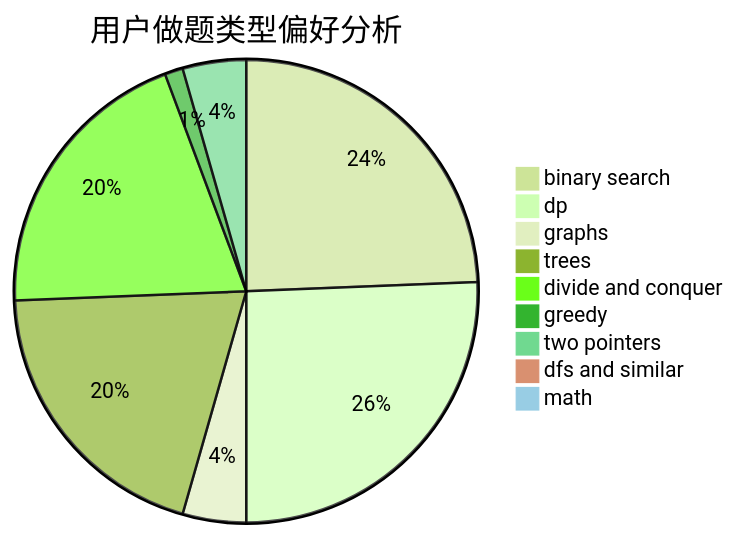
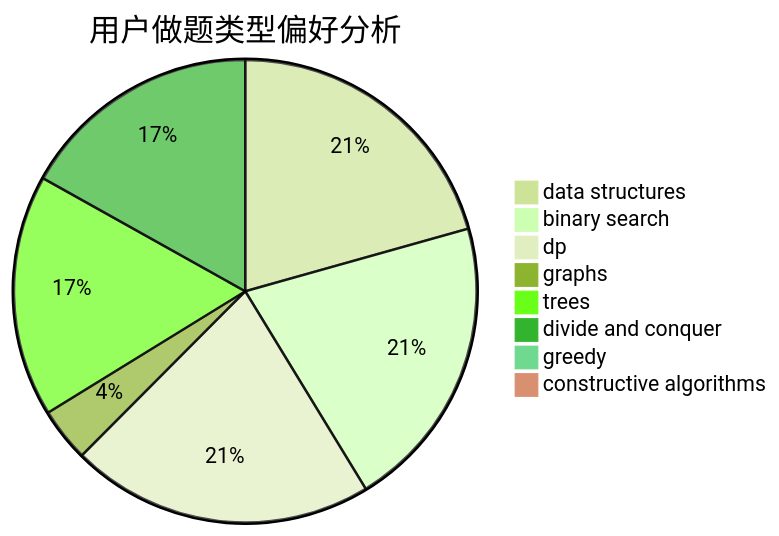
Before and after one commit to sherpahu/cfrs.github.io: the second of 3 diagrams in docs/user/u721.md, drawn with Mermaid (forest theme). The commit also changed other lines of this file and 2775 other files, not shown here.

````diff
--- a/docs/user/u721.md
+++ b/docs/user/u721.md
@@ -23,12 +23,11 @@
 ```mermaid
 pie title 用户做题类型偏好分析
+    "data structures" :  77
     "binary search" :  77
-    "dp" :  81
+    "dp" :  79
     "graphs" :  14
     "trees" :  63
     "divide and conquer" :  63
-    "greedy" :  4
-    "two pointers" :  14
-    "dfs and similar" :  0
-    "math" :  0
+    "greedy" :  1
+    "constructive algorithms" :  1
 ```
````
